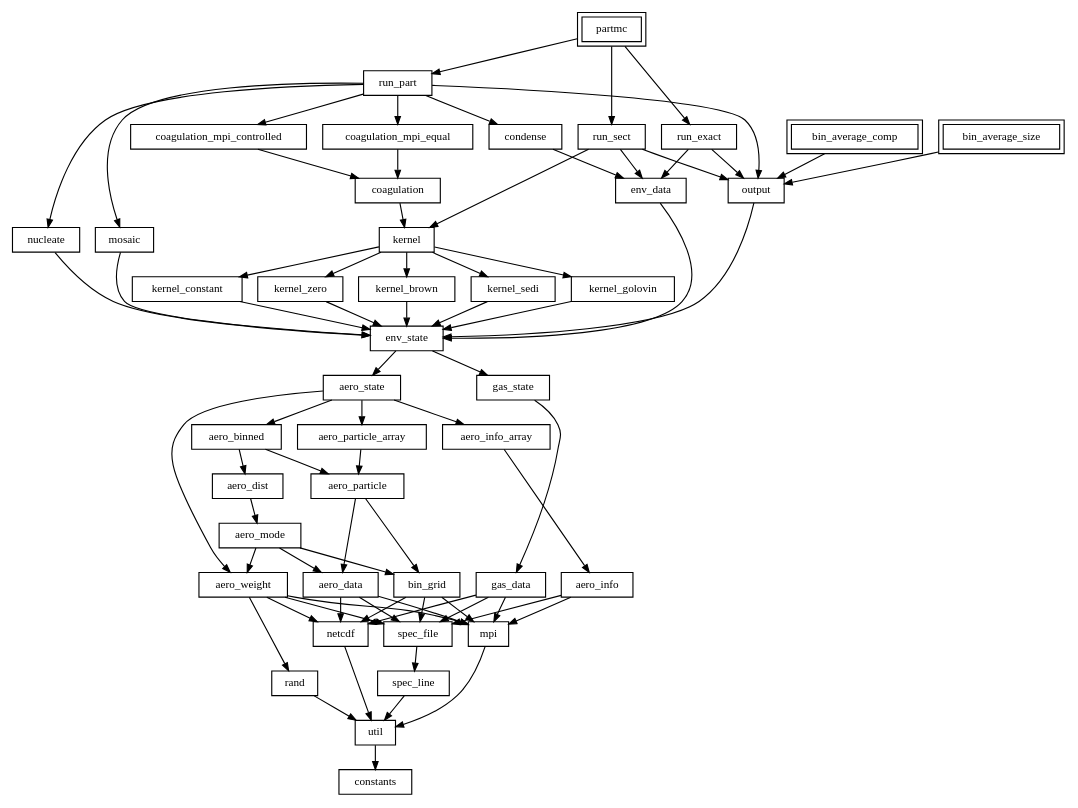
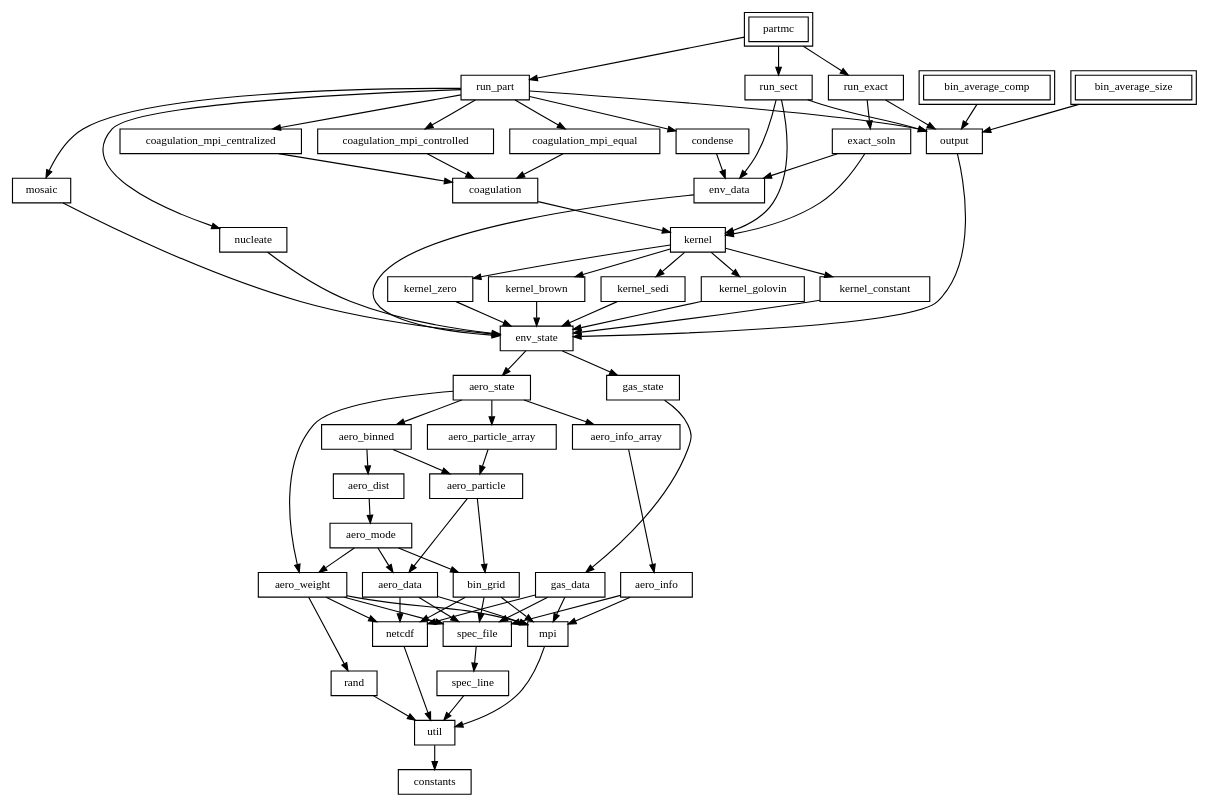
One commit to compdyn/partmc changed the diagram in doc/partmc_modules.gv. Above: the diagram before and after it, drawn with Graphviz. The commit also changed 13 other files, not shown here.

Commit message:
add exact_soln.f90; exact soln type induced from coag kernel and init dist

```diff
--- a/doc/partmc_modules.gv
+++ b/doc/partmc_modules.gv
@@ -1,119 +1,125 @@
 digraph partmc_modules {
     rankdir = TB;
     node [fontsize = 10, height = 0.3, width = 0.5];
     graph [nodesep = 0.2, ranksep = 0.3];
     edge [arrowsize = 0.7];
     node [shape = box, peripheries = 1, href = "\ref coagulation_mpi_controlled.f90"] coagulation_mpi_controlled
     node [shape = box, peripheries = 1, href = "\ref aero_weight.f90"] aero_weight
     node [shape = box, peripheries = 1, href = "\ref coagulation_mpi_equal.f90"] coagulation_mpi_equal
     node [shape = box, peripheries = 1, href = "\ref kernel.f90"] kernel
     node [shape = box, peripheries = 1, href = "\ref netcdf.f90"] netcdf
     node [shape = box, peripheries = 1, href = "\ref nucleate.f90"] nucleate
     node [shape = box, peripheries = 1, href = "\ref bin_grid.f90"] bin_grid
     node [shape = box, peripheries = 1, href = "\ref aero_dist.f90"] aero_dist
     node [shape = box, peripheries = 1, href = "\ref aero_binned.f90"] aero_binned
+    node [shape = box, peripheries = 1, href = "\ref exact_soln.f90"] exact_soln
     node [shape = box, peripheries = 1, href = "\ref kernel_constant.f90"] kernel_constant
     node [shape = box, peripheries = 1, href = "\ref kernel_zero.f90"] kernel_zero
     node [shape = box, peripheries = 1, href = "\ref kernel_brown.f90"] kernel_brown
     node [shape = box, peripheries = 1, href = "\ref spec_line.f90"] spec_line
     node [shape = box, peripheries = 1, href = "\ref kernel_sedi.f90"] kernel_sedi
     node [shape = box, peripheries = 1, href = "\ref run_sect.f90"] run_sect
     node [shape = box, peripheries = 1, href = "\ref spec_file.f90"] spec_file
     node [shape = box, peripheries = 1, href = "\ref condense.f90"] condense
     node [shape = box, peripheries = 2, href = "\ref partmc.f90"] partmc
     node [shape = box, peripheries = 1, href = "\ref kernel_golovin.f90"] kernel_golovin
     node [shape = box, peripheries = 2, href = "\ref bin_average_comp.f90"] bin_average_comp
     node [shape = box, peripheries = 1, href = "\ref mosaic.f90"] mosaic
     node [shape = box, peripheries = 1, href = "\ref rand.f90"] rand
     node [shape = box, peripheries = 1, href = "\ref env_state.f90"] env_state
     node [shape = box, peripheries = 1, href = "\ref gas_state.f90"] gas_state
+    node [shape = box, peripheries = 1, href = "\ref coagulation_mpi_centralized.f90"] coagulation_mpi_centralized
     node [shape = box, peripheries = 1, href = "\ref aero_state.f90"] aero_state
     node [shape = box, peripheries = 1, href = "\ref aero_particle.f90"] aero_particle
     node [shape = box, peripheries = 1, href = "\ref mpi.f90"] mpi
     node [shape = box, peripheries = 1, href = "\ref aero_info_array.f90"] aero_info_array
     node [shape = box, peripheries = 1, href = "\ref env_data.f90"] env_data
     node [shape = box, peripheries = 1, href = "\ref aero_mode.f90"] aero_mode
     node [shape = box, peripheries = 1, href = "\ref gas_data.f90"] gas_data
     node [shape = box, peripheries = 1, href = "\ref aero_data.f90"] aero_data
     node [shape = box, peripheries = 1, href = "\ref constants.f90"] constants
     node [shape = box, peripheries = 2, href = "\ref bin_average_size.f90"] bin_average_size
     node [shape = box, peripheries = 1, href = "\ref run_part.f90"] run_part
     node [shape = box, peripheries = 1, href = "\ref util.f90"] util
     node [shape = box, peripheries = 1, href = "\ref aero_particle_array.f90"] aero_particle_array
     node [shape = box, peripheries = 1, href = "\ref coagulation.f90"] coagulation
     node [shape = box, peripheries = 1, href = "\ref output.f90"] output
     node [shape = box, peripheries = 1, href = "\ref run_exact.f90"] run_exact
     node [shape = box, peripheries = 1, href = "\ref aero_info.f90"] aero_info
     coagulation_mpi_controlled -> coagulation
     aero_weight -> rand
     aero_weight -> spec_file
     aero_weight -> mpi
     aero_weight -> netcdf
     coagulation_mpi_equal -> coagulation
     kernel -> kernel_brown
     kernel -> kernel_sedi
     kernel -> kernel_golovin
     kernel -> kernel_constant
     kernel -> kernel_zero
     netcdf -> util
     nucleate -> env_state
     bin_grid -> netcdf
     bin_grid -> spec_file
     bin_grid -> mpi
     aero_dist -> aero_mode
     aero_binned -> aero_particle
     aero_binned -> aero_dist
+    exact_soln -> kernel
+    exact_soln -> env_data
     kernel_constant -> env_state
     kernel_zero -> env_state
     kernel_brown -> env_state
     spec_line -> util
     kernel_sedi -> env_state
     run_sect -> kernel
     run_sect -> env_data
     run_sect -> output
     spec_file -> spec_line
     condense -> env_data
     partmc -> run_exact
     partmc -> run_part
     partmc -> run_sect
     kernel_golovin -> env_state
     bin_average_comp -> output
     mosaic -> env_state
     rand -> util
     env_state -> gas_state
     env_state -> aero_state
     gas_state -> gas_data
+    coagulation_mpi_centralized -> coagulation
     aero_state -> aero_weight
     aero_state -> aero_info_array
     aero_state -> aero_particle_array
     aero_state -> aero_binned
     aero_particle -> bin_grid
     aero_particle -> aero_data
     mpi -> util
     aero_info_array -> aero_info
     env_data -> env_state
     aero_mode -> aero_weight
     aero_mode -> bin_grid
     aero_mode -> aero_data
     gas_data -> mpi
     gas_data -> netcdf
     gas_data -> spec_file
     aero_data -> mpi
     aero_data -> netcdf
     aero_data -> spec_file
     bin_average_size -> output
     run_part -> coagulation_mpi_controlled
     run_part -> coagulation_mpi_equal
+    run_part -> coagulation_mpi_centralized
     run_part -> nucleate
     run_part -> mosaic
     run_part -> condense
     run_part -> output
     util -> constants
     aero_particle_array -> aero_particle
     coagulation -> kernel
     output -> env_state
-    run_exact -> env_data
     run_exact -> output
+    run_exact -> exact_soln
     aero_info -> mpi
     aero_info -> spec_file
 }
```
